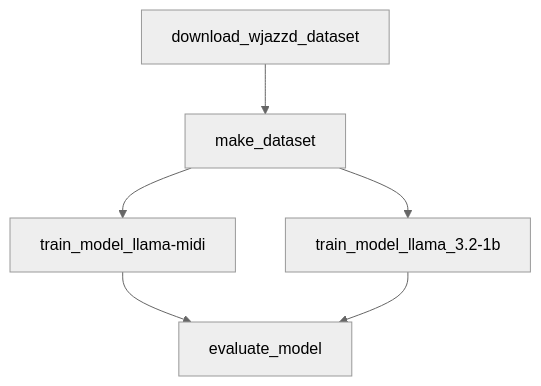
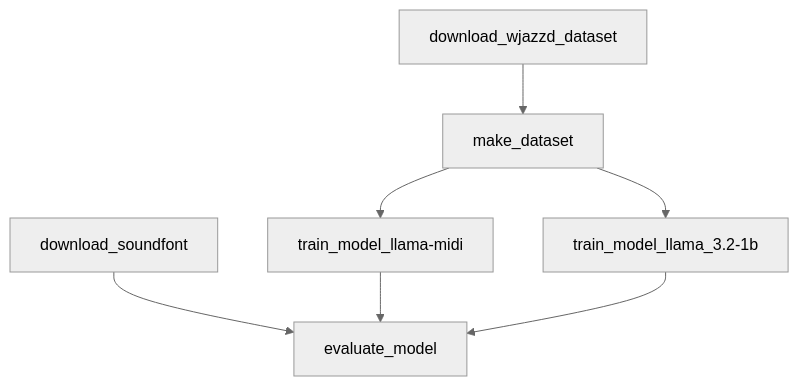
Before and after one commit to u-masao/melody-flow: the first of 2 diagrams in PIPELINE.md, drawn with Mermaid (neutral theme). The commit also changed other lines of this file, not shown here.

Commit message:
update pipeline

````diff
--- a/PIPELINE.md
+++ b/PIPELINE.md
@@ -5,13 +5,15 @@
 ```mermaid
 flowchart TD
-	node1["download_wjazzd_dataset"]
-	node2["evaluate_model"]
-	node3["make_dataset"]
-	node4["train_model_llama-midi"]
-	node5["train_model_llama_3.2-1b"]
+	node1["download_soundfont"]
+	node2["download_wjazzd_dataset"]
+	node3["evaluate_model"]
+	node4["make_dataset"]
+	node5["train_model_llama-midi"]
+	node6["train_model_llama_3.2-1b"]
 	node1-->node3
-	node3-->node4
-	node3-->node5
-	node4-->node2
-	node5-->node2
+	node2-->node4
+	node4-->node5
+	node4-->node6
+	node5-->node3
+	node6-->node3
 ```
````
